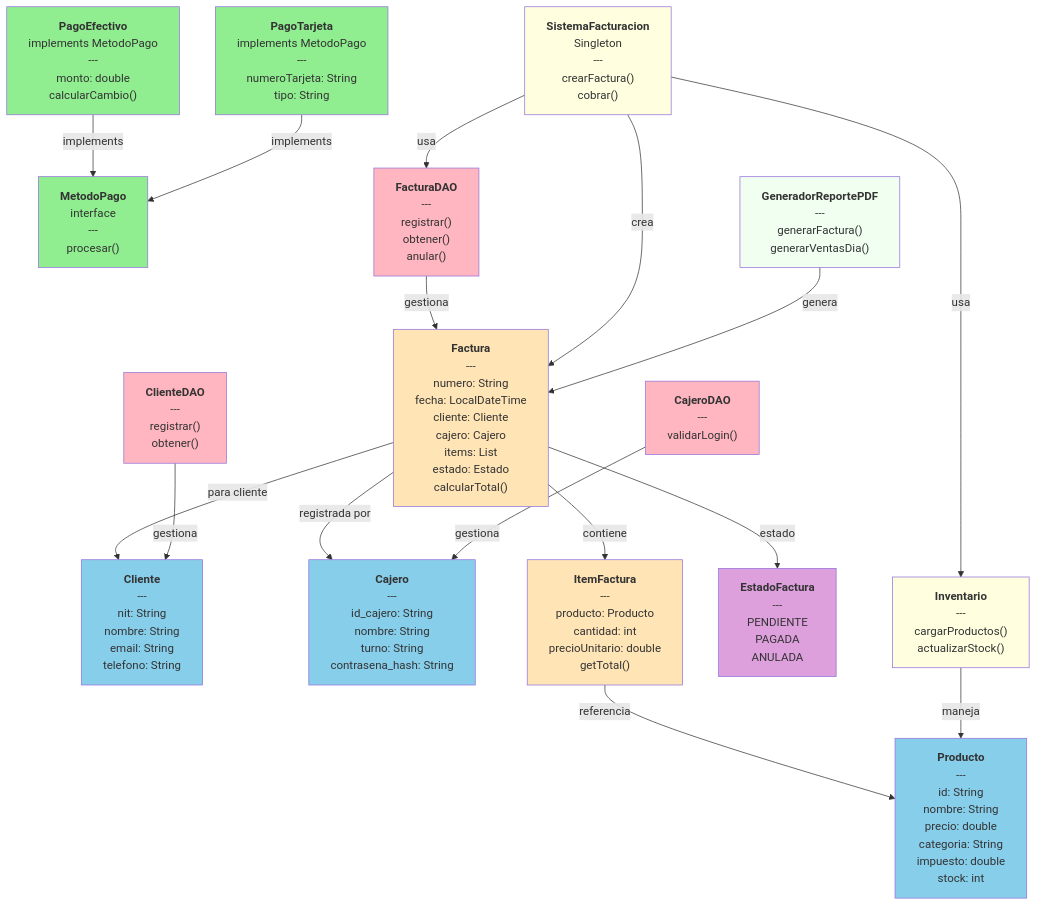
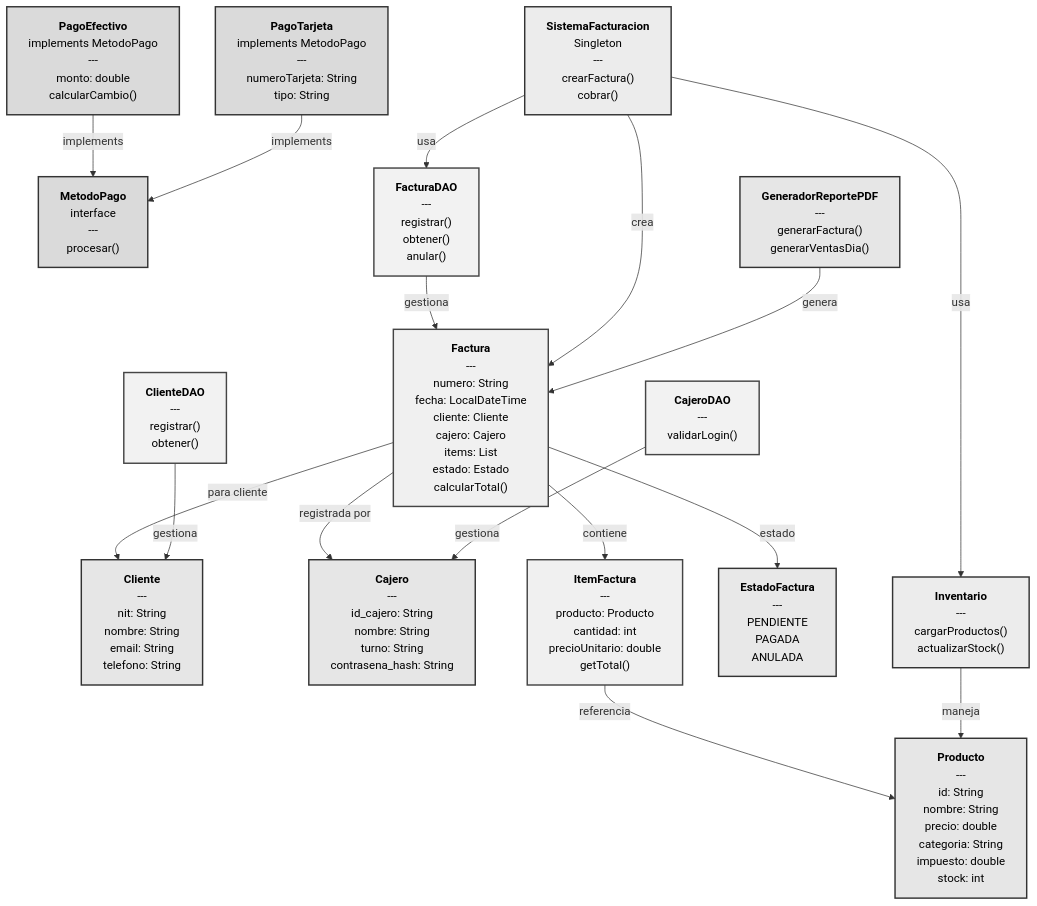
The diagram in README.md (alanCai-07/Supermercado), drawn with Mermaid before and after one commit.

Commit message:
cambiandole colores el diagrama UML a el archivo README.md

````diff
--- a/README.md
+++ b/README.md
@@ -146,75 +146,75 @@
 ```mermaid
 graph TB
     %% == MODELO ==
     Producto["<b>Producto</b><br/>---<br/>id: String<br/>nombre: String<br/>precio: double<br/>categoria: String<br/>impuesto: double<br/>stock: int"]
 
     Cliente["<b>Cliente</b><br/>---<br/>nit: String<br/>nombre: String<br/>email: String<br/>telefono: String"]
 
     Cajero["<b>Cajero</b><br/>---<br/>id_cajero: String<br/>nombre: String<br/>turno: String<br/>contrasena_hash: String"]
 
     ItemFactura["<b>ItemFactura</b><br/>---<br/>producto: Producto<br/>cantidad: int<br/>precioUnitario: double<br/>getTotal()"]
 
     Factura["<b>Factura</b><br/>---<br/>numero: String<br/>fecha: LocalDateTime<br/>cliente: Cliente<br/>cajero: Cajero<br/>items: List<br/>estado: Estado<br/>calcularTotal()"]
 
     Estado["<b>EstadoFactura</b><br/>---<br/>PENDIENTE<br/>PAGADA<br/>ANULADA"]
 
     %% == PAGOS ==
     MetodoPago["<b>MetodoPago</b><br/>interface<br/>---<br/>procesar()"]
 
     PagoEfectivo["<b>PagoEfectivo</b><br/>implements MetodoPago<br/>---<br/>monto: double<br/>calcularCambio()"]
 
     PagoTarjeta["<b>PagoTarjeta</b><br/>implements MetodoPago<br/>---<br/>numeroTarjeta: String<br/>tipo: String"]
 
     %% == DAO ==
     FacturaDAO["<b>FacturaDAO</b><br/>---<br/>registrar()<br/>obtener()<br/>anular()"]
 
     ClienteDAO["<b>ClienteDAO</b><br/>---<br/>registrar()<br/>obtener()"]
 
     CajeroDAO["<b>CajeroDAO</b><br/>---<br/>validarLogin()"]
 
     %% == SERVICIOS ==
     SistemaFacturacion["<b>SistemaFacturacion</b><br/>Singleton<br/>---<br/>crearFactura()<br/>cobrar()"]
 
     Inventario["<b>Inventario</b><br/>---<br/>cargarProductos()<br/>actualizarStock()"]
 
     %% == REPORTES ==
     GeneradorPDF["<b>GeneradorReportePDF</b><br/>---<br/>generarFactura()<br/>generarVentasDia()"]
 
     %% == RELACIONES ==
     Factura -->|"contiene"| ItemFactura
     ItemFactura -->|"referencia"| Producto
     Factura -->|"registrada por"| Cajero
     Factura -->|"para cliente"| Cliente
     Factura -->|"estado"| Estado
 
     PagoEfectivo -->|"implements"| MetodoPago
     PagoTarjeta -->|"implements"| MetodoPago
 
     FacturaDAO -->|"gestiona"| Factura
     ClienteDAO -->|"gestiona"| Cliente
     CajeroDAO -->|"gestiona"| Cajero
 
     SistemaFacturacion -->|"usa"| Inventario
     SistemaFacturacion -->|"usa"| FacturaDAO
     SistemaFacturacion -->|"crea"| Factura
 
     GeneradorPDF -->|"genera"| Factura
     Inventario -->|"maneja"| Producto
 
-    %% == ESTILOS ==
-    style Producto fill:#87CEEB
-    style Cliente fill:#87CEEB
-    style Cajero fill:#87CEEB
-    style ItemFactura fill:#FFE4B5
-    style Factura fill:#FFE4B5
-    style Estado fill:#DDA0DD
-    style MetodoPago fill:#90EE90
-    style PagoEfectivo fill:#90EE90
-    style PagoTarjeta fill:#90EE90
-    style FacturaDAO fill:#FFB6C1
-    style ClienteDAO fill:#FFB6C1
-    style CajeroDAO fill:#FFB6C1
-    style SistemaFacturacion fill:#FFFFE0
-    style Inventario fill:#FFFFE0
-    style GeneradorPDF fill:#F0FFF0
+    %% == ESTILOS NEUTROS ==
+    style Producto fill:#E6E6E6,stroke:#333333,stroke-width:2px,color:#000000
+    style Cliente fill:#E6E6E6,stroke:#333333,stroke-width:2px,color:#000000
+    style Cajero fill:#E6E6E6,stroke:#333333,stroke-width:2px,color:#000000
+    style ItemFactura fill:#F0F0F0,stroke:#444444,stroke-width:2px,color:#000000
+    style Factura fill:#F0F0F0,stroke:#444444,stroke-width:2px,color:#000000
+    style Estado fill:#E8E8E8,stroke:#333333,stroke-width:2px,color:#000000
+    style MetodoPago fill:#DADADA,stroke:#333333,stroke-width:2px,color:#000000
+    style PagoEfectivo fill:#DADADA,stroke:#333333,stroke-width:2px,color:#000000
+    style PagoTarjeta fill:#DADADA,stroke:#333333,stroke-width:2px,color:#000000
+    style FacturaDAO fill:#F2F2F2,stroke:#454545,stroke-width:2px,color:#000000
+    style ClienteDAO fill:#F2F2F2,stroke:#454545,stroke-width:2px,color:#000000
+    style CajeroDAO fill:#F2F2F2,stroke:#454545,stroke-width:2px,color:#000000
+    style SistemaFacturacion fill:#ECECEC,stroke:#333333,stroke-width:2px,color:#000000
+    style Inventario fill:#ECECEC,stroke:#333333,stroke-width:2px,color:#000000
+    style GeneradorPDF fill:#E6E6E6,stroke:#333333,stroke-width:2px,color:#000000
 ```
````
